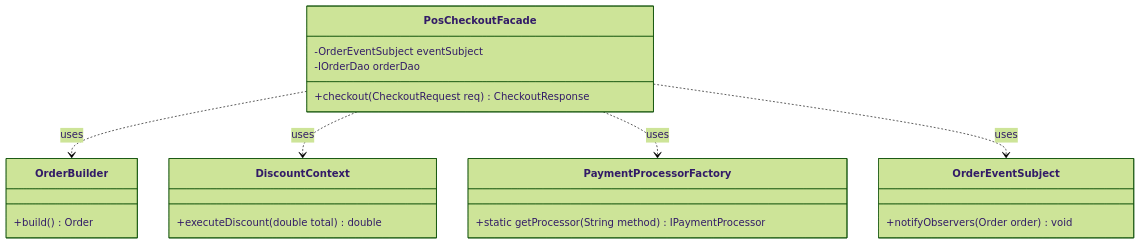
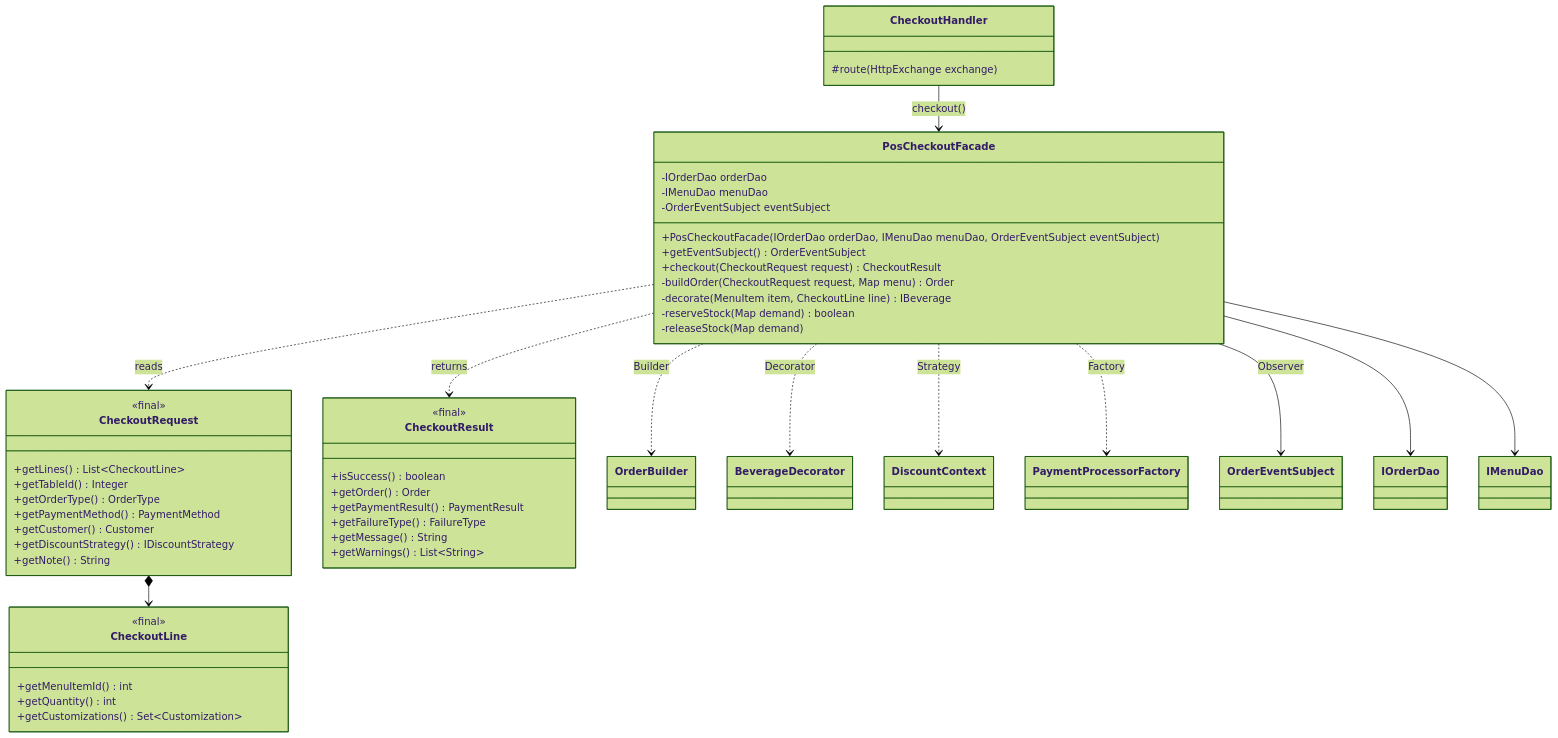
Before and after one commit to HubertPhung/WebQuanLyQuanCafe-DesignPatterns: the seventh of 10 diagrams in docs/DESIGN_PATTERNS_SPEC.md, drawn with Mermaid (forest theme). The commit also changed other lines of this file, not shown here.

First line of the commit message:
docs: align Facade, Singleton and spec overview with implemented backend (#15)

````diff
--- a/docs/DESIGN_PATTERNS_SPEC.md
+++ b/docs/DESIGN_PATTERNS_SPEC.md
@@ -968,29 +945,59 @@
 ```mermaid
 classDiagram
     class PosCheckoutFacade {
+        -IOrderDao orderDao
+        -IMenuDao menuDao
         -OrderEventSubject eventSubject
-        -IOrderDao orderDao
-        +checkout(CheckoutRequest req) CheckoutResponse
+        +PosCheckoutFacade(IOrderDao orderDao, IMenuDao menuDao, OrderEventSubject eventSubject)
+        +getEventSubject() OrderEventSubject
+        +checkout(CheckoutRequest request) CheckoutResult
+        -buildOrder(CheckoutRequest request, Map menu) Order
+        -decorate(MenuItem item, CheckoutLine line) IBeverage
+        -reserveStock(Map demand) boolean
+        -releaseStock(Map demand)
     }
 
-    class OrderBuilder {
-        +build() Order
+    class CheckoutRequest {
+        <<final>>
+        +getLines() List~CheckoutLine~
+        +getTableId() Integer
+        +getOrderType() OrderType
+        +getPaymentMethod() PaymentMethod
+        +getCustomer() Customer
+        +getDiscountStrategy() IDiscountStrategy
+        +getNote() String
     }
 
-    class DiscountContext {
-        +executeDiscount(double total) double
+    class CheckoutLine {
+        <<final>>
+        +getMenuItemId() int
+        +getQuantity() int
+        +getCustomizations() Set~Customization~
     }
 
-    class PaymentProcessorFactory {
-        +static getProcessor(String method) IPaymentProcessor
+    class CheckoutResult {
+        <<final>>
+        +isSuccess() boolean
+        +getOrder() Order
+        +getPaymentResult() PaymentResult
+        +getFailureType() FailureType
+        +getMessage() String
+        +getWarnings() List~String~
     }
 
-    class OrderEventSubject {
-        +notifyObservers(Order order) void
+    class CheckoutHandler {
+        #route(HttpExchange exchange)
     }
 
-    PosCheckoutFacade ..> OrderBuilder : uses
-    PosCheckoutFacade ..> DiscountContext : uses
-    PosCheckoutFacade ..> PaymentProcessorFactory : uses
-    PosCheckoutFacade ..> OrderEventSubject : uses
+    CheckoutHandler --> PosCheckoutFacade : checkout()
+    PosCheckoutFacade ..> CheckoutRequest : reads
+    PosCheckoutFacade ..> CheckoutResult : returns
+    CheckoutRequest *--> CheckoutLine
+    PosCheckoutFacade ..> OrderBuilder : Builder
+    PosCheckoutFacade ..> BeverageDecorator : Decorator
+    PosCheckoutFacade ..> DiscountContext : Strategy
+    PosCheckoutFacade ..> PaymentProcessorFactory : Factory
+    PosCheckoutFacade --> OrderEventSubject : Observer
+    PosCheckoutFacade --> IOrderDao
+    PosCheckoutFacade --> IMenuDao
 ```
````
